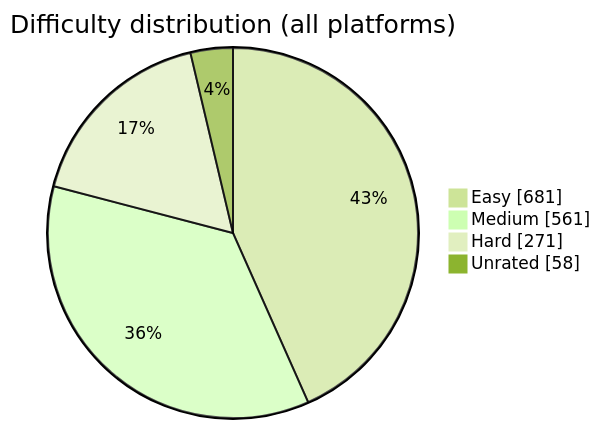
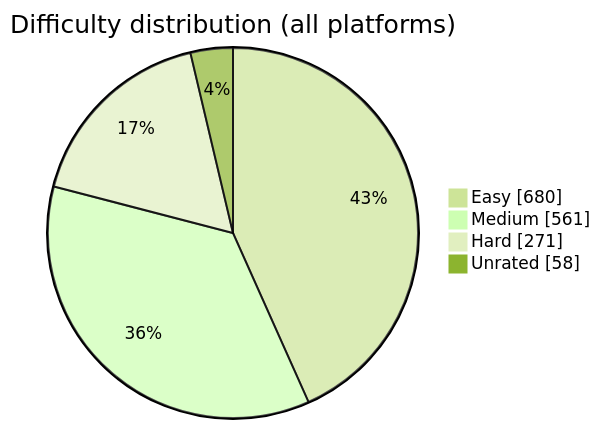
The diagram in README.md (BuildbyArindam/Daily-Coding-Log), drawn with Mermaid (forest theme) before and after one commit. The commit also changed other lines of this file, not shown here.

````diff
--- a/README.md
+++ b/README.md
@@ -93,7 +93,7 @@
 ```mermaid
 pie showData title Difficulty distribution (all platforms)
-    "Easy" : 681
+    "Easy" : 680
     "Medium" : 561
     "Hard" : 271
     "Unrated" : 58
 ```
````
